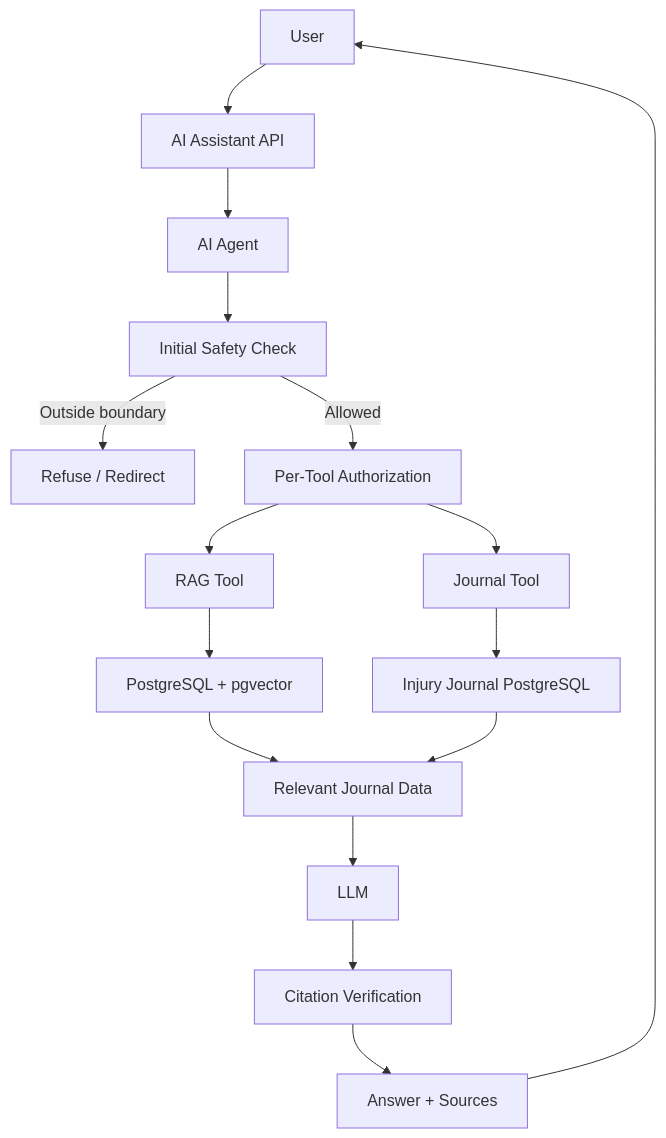
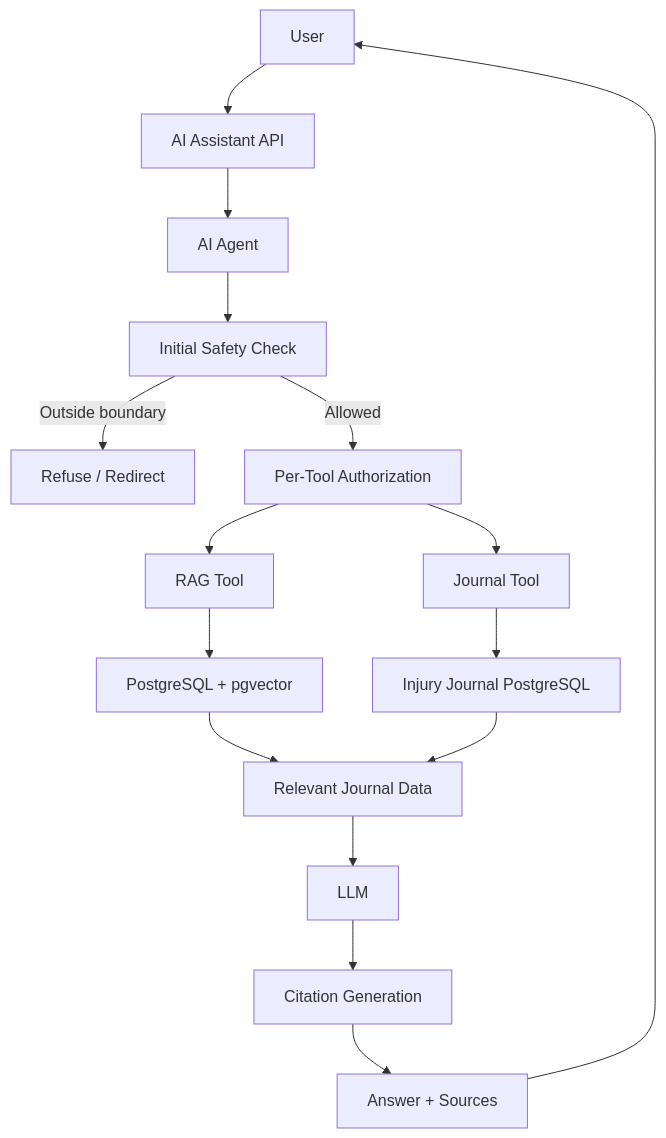
The sixth of 17 diagrams in docs/02-architecture.md (sabrahermassi/injury-journal-ai), drawn with Mermaid before and after one commit. The commit also changed other lines of this file and 2 other files, not shown here.

````diff
--- a/docs/02-architecture.md
+++ b/docs/02-architecture.md
@@ -148,25 +148,25 @@
 ```mermaid
 flowchart TD
     U["User"] --> API["AI Assistant API"]
     API --> A["AI Agent"]
 
     A --> S["Initial Safety Check"]
 
     S -->|Outside boundary| REF["Refuse / Redirect"]
     S -->|Allowed| AUTH["Per-Tool Authorization"]
 
     AUTH --> R["RAG Tool"]
     AUTH --> J["Journal Tool"]
 
     R --> V["PostgreSQL + pgvector"]
     J --> DB["Injury Journal PostgreSQL"]
 
     V --> DATA["Relevant Journal Data"]
     DB --> DATA
 
     DATA --> G["LLM"]
-    G --> CV["Citation Verification"]
+    G --> CV["Citation Generation"]
     CV --> OUT["Answer + Sources"]
 
     OUT --> U
 ```
````
